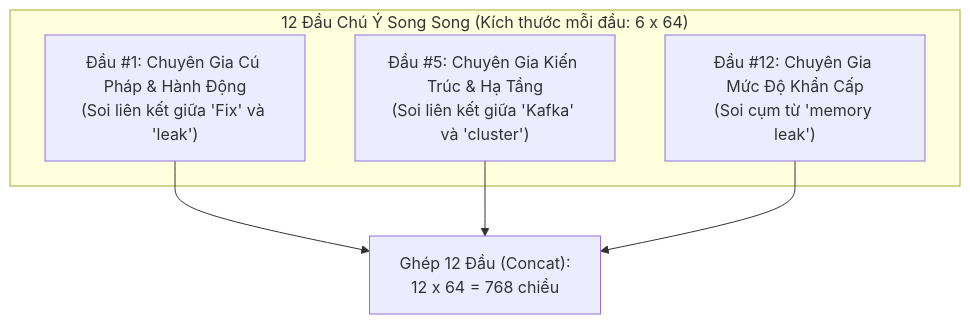
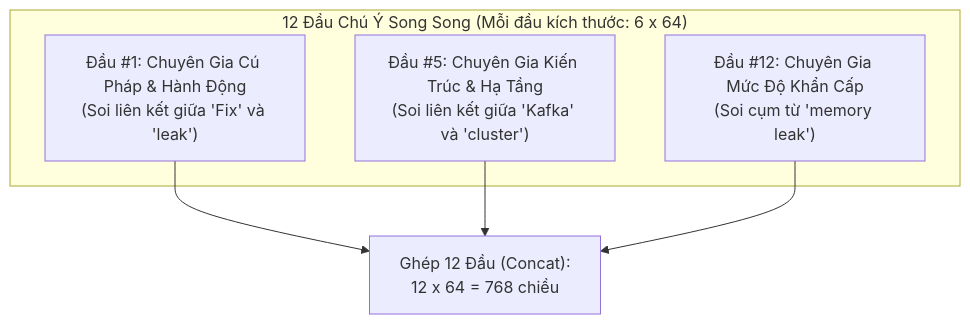
The first of 2 diagrams in docs/articles/paper-information/critical-thinking/03_why_qkv_2304_and_ffn_3072.md (snowflake-vibing/NCKH_Johnny_Snowflake), drawn with Mermaid before and after one commit. The commit also changed other lines of this file, not shown here.

Commit message:
docs(critical-thinking): fix KaTeX syntax and Mermaid labels in 03_why_qkv_2304_and_ffn_3072.md

````diff
--- a/docs/articles/paper-information/critical-thinking/03_why_qkv_2304_and_ffn_3072.md
+++ b/docs/articles/paper-information/critical-thinking/03_why_qkv_2304_and_ffn_3072.md
@@ -174,10 +179,12 @@
 ```mermaid
 flowchart TD
-    subgraph MultiHeads["12 Đầu Chú Ý Song Song (Kích thước mỗi đầu: 6 x 64)"]
-        H1["Đầu #1: Chuyên Gia Cú Pháp & Hành Động\n(Soi liên kết giữa 'Fix' và 'leak')"]
-        H5["Đầu #5: Chuyên Gia Kiến Trúc & Hạ Tầng\n(Soi liên kết giữa 'Kafka' và 'cluster')"]
-        H12["Đầu #12: Chuyên Gia Mức Độ Khẩn Cấp\n(Soi cụm từ 'memory leak')"]
+    subgraph MultiHeads["12 Đầu Chú Ý Song Song (Mỗi đầu kích thước: 6 x 64)"]
+        H1["Đầu #1: Chuyên Gia Cú Pháp & Hành Động<br/>(Soi liên kết giữa 'Fix' và 'leak')"]
+        H5["Đầu #5: Chuyên Gia Kiến Trúc & Hạ Tầng<br/>(Soi liên kết giữa 'Kafka' và 'cluster')"]
+        H12["Đầu #12: Chuyên Gia Mức Độ Khẩn Cấp<br/>(Soi cụm từ 'memory leak')"]
     end
 
-    H1 & H5 & H12 --> ConcatAll["Ghép 12 Đầu (Concat):\n12 x 64 = 768 chiều"]
+    H1 --> ConcatAll["Ghép 12 Đầu (Concat):<br/>12 x 64 = 768 chiều"]
+    H5 --> ConcatAll
+    H12 --> ConcatAll
 ```
````
